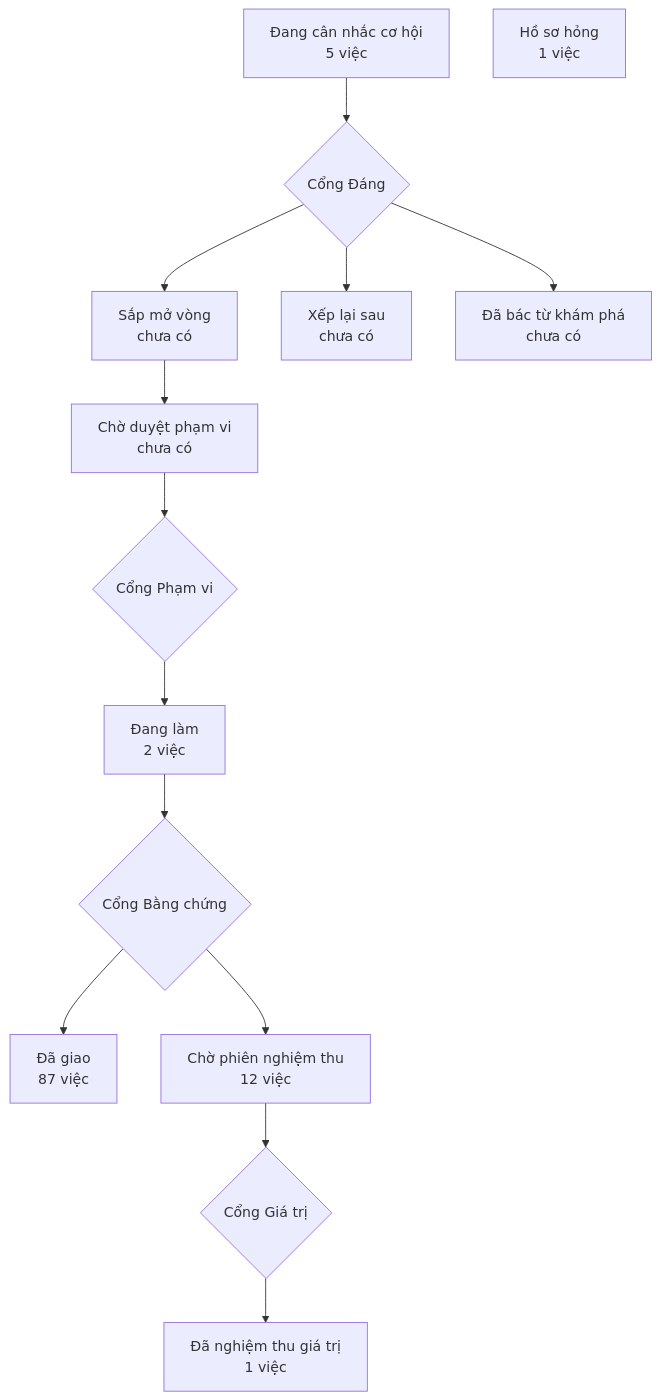
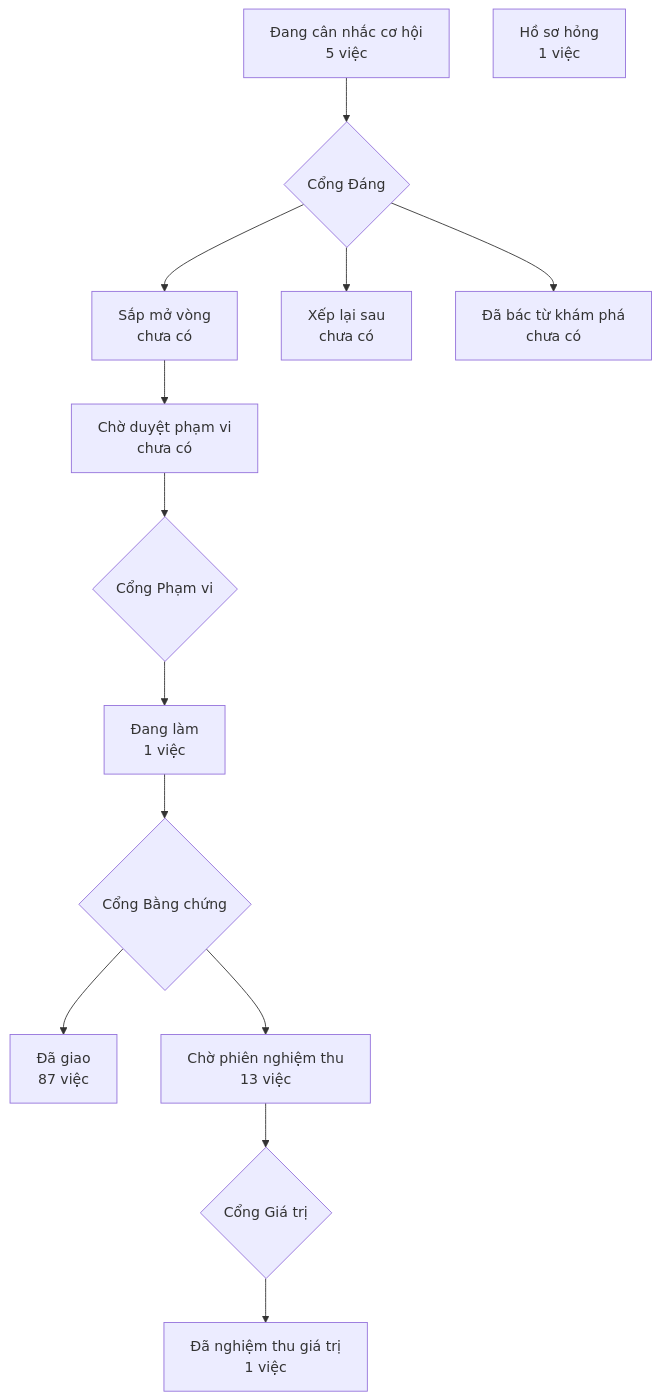
The diagram in PRODUCT-MAP.md (phanlemanh/crm-onehub), drawn with Mermaid before and after one commit. The commit also changed 3 other files, not shown here.

````diff
--- a/PRODUCT-MAP.md
+++ b/PRODUCT-MAP.md
@@ -6,13 +6,13 @@
 ```mermaid
 flowchart TD
   A["Đang cân nhắc cơ hội<br/>5 việc"] --> GD{"Cổng Đáng"}
   GD --> B["Sắp mở vòng<br/>chưa có"]
   GD --> XL["Xếp lại sau<br/>chưa có"]
   GD --> DB["Đã bác từ khám phá<br/>chưa có"]
   B --> CD["Chờ duyệt phạm vi<br/>chưa có"] --> GP{"Cổng Phạm vi"}
-  GP --> DL["Đang làm<br/>2 việc"] --> GB{"Cổng Bằng chứng"}
+  GP --> DL["Đang làm<br/>1 việc"] --> GB{"Cổng Bằng chứng"}
   GB --> DG["Đã giao<br/>87 việc"]
-  GB --> CN["Chờ phiên nghiệm thu<br/>12 việc"] --> GG{"Cổng Giá trị"}
+  GB --> CN["Chờ phiên nghiệm thu<br/>13 việc"] --> GG{"Cổng Giá trị"}
   GG --> NT["Đã nghiệm thu giá trị<br/>1 việc"]
   HS["Hồ sơ hỏng<br/>1 việc"]
 ```
````
